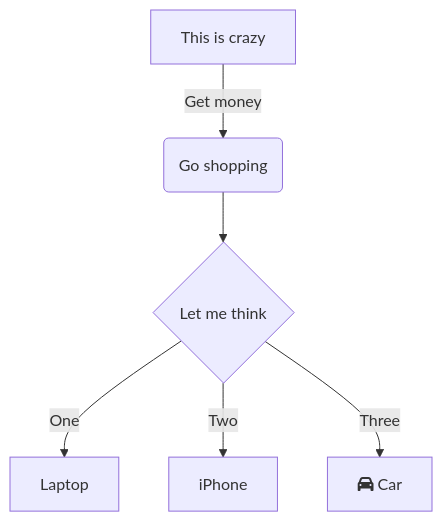
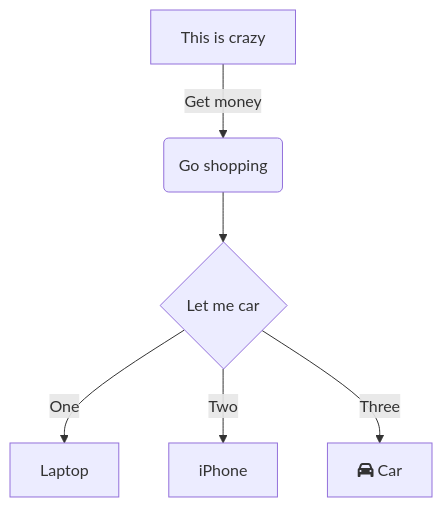
One commit to leoafarias/superdeck changed the diagram in example/slides.md. Above: the diagram before and after it, drawn with Mermaid. The commit also changed other lines of this file and 25 other files, not shown here.

````diff
--- a/example/slides.md
+++ b/example/slides.md
@@ -325,8 +332,8 @@
 ```mermaid
 flowchart TD
     A[This is crazy] -->|Get money| B(Go shopping)
-    B --> C{Let me think}
+    B --> C{Let me car}
     C -->|One| D[Laptop]
     C -->|Two| E[iPhone]
     C -->|Three| F[fa:fa-car Car]
 ```
````
